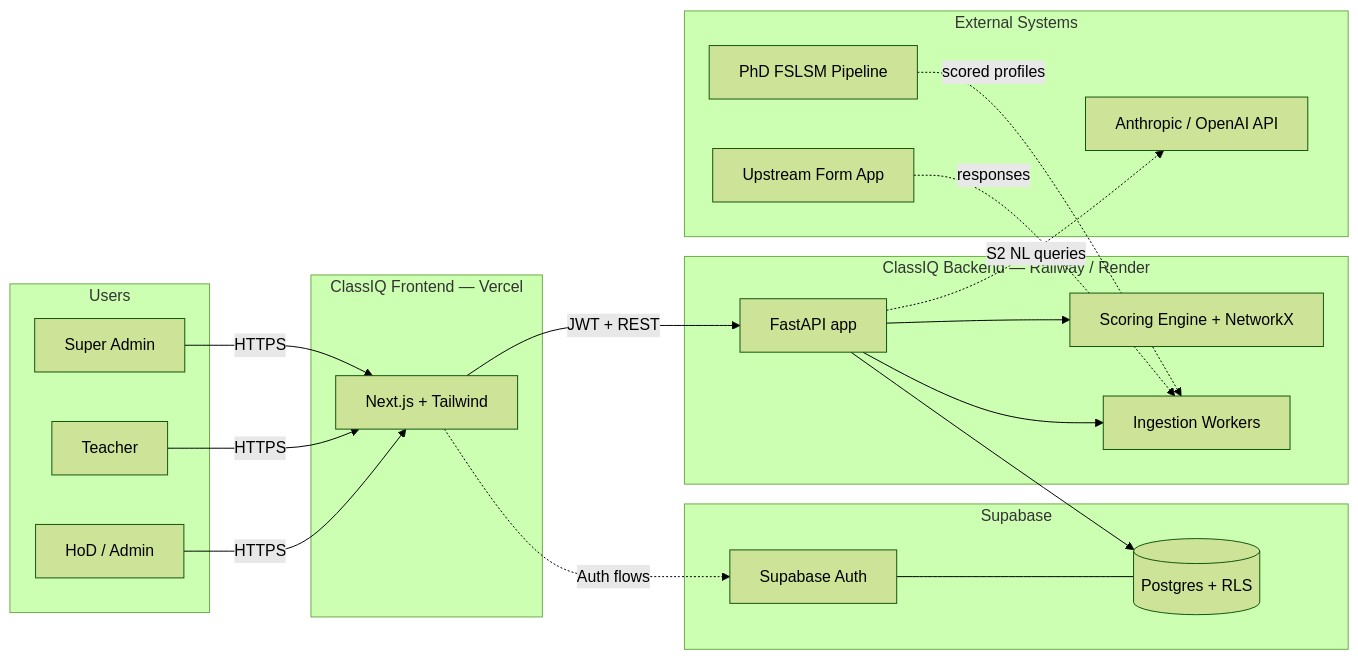
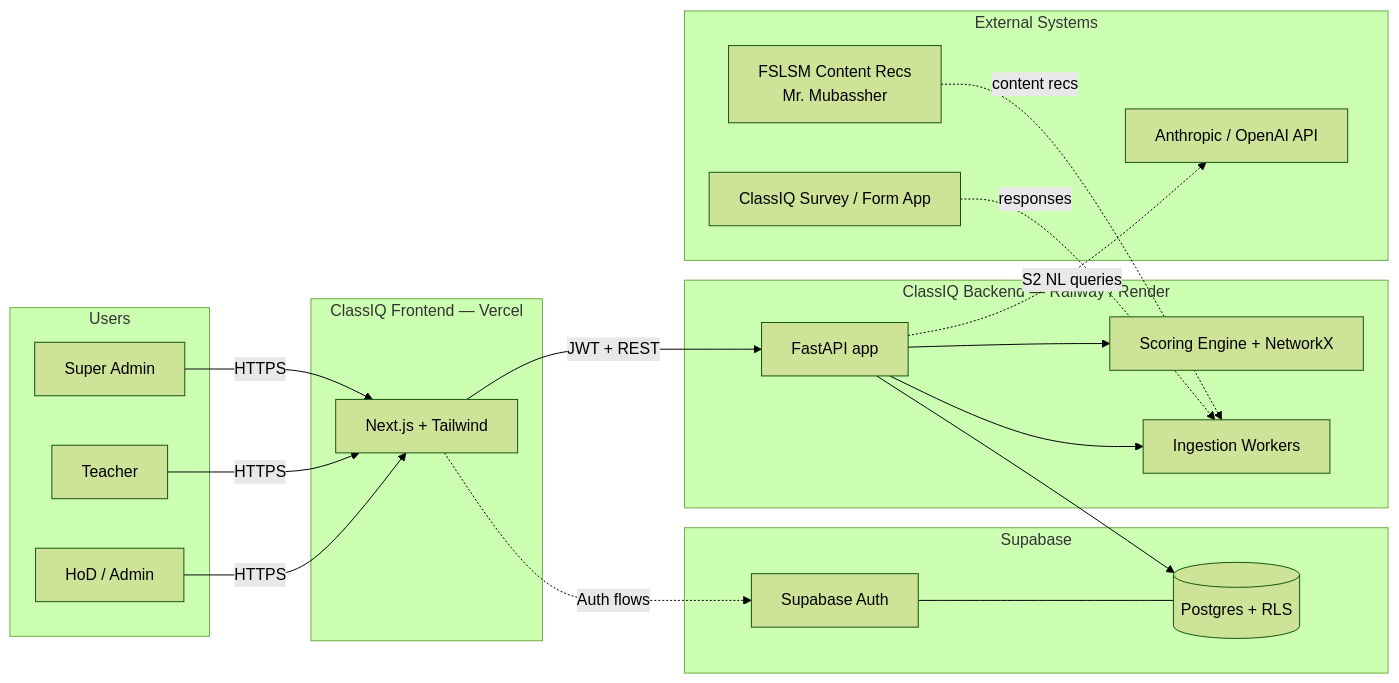
One commit to adnan-manik/ClassIQ changed the first of 10 diagrams in Docs/BACKEND_ARCHITECTURE.md. Above: the diagram before and after it, drawn with Mermaid (forest theme). The commit also changed other lines of this file and 133 other files, not shown here.

````diff
--- a/Docs/BACKEND_ARCHITECTURE.md
+++ b/Docs/BACKEND_ARCHITECTURE.md
@@ -12,46 +12,46 @@
 ```mermaid
 flowchart LR
     subgraph Users
         HoD[HoD / Admin]
         Teacher[Teacher]
         SuperAdmin[Super Admin]
     end
 
     subgraph Frontend["ClassIQ Frontend — Vercel"]
         Next[Next.js + Tailwind]
     end
 
     subgraph Backend["ClassIQ Backend — Railway / Render"]
         API[FastAPI app]
         Engine[Scoring Engine + NetworkX]
         Ingest[Ingestion Workers]
     end
 
     subgraph Data["Supabase"]
         Auth[Supabase Auth]
         DB[(Postgres + RLS)]
     end
 
     subgraph External["External Systems"]
-        FormApp[Upstream Form App]
-        PhD[PhD FSLSM Pipeline]
+        FormApp[ClassIQ Survey / Form App]
+        FSLSM[FSLSM Content Recs<br/>Mr. Mubassher]
         LLM[Anthropic / OpenAI API]
     end
 
     HoD -->|HTTPS| Next
     Teacher -->|HTTPS| Next
     SuperAdmin -->|HTTPS| Next
 
     Next -->|JWT + REST| API
     Next -.->|Auth flows| Auth
 
     API --> Engine
     API --> Ingest
     API --> DB
     API -.->|S2 NL queries| LLM
 
     FormApp -.->|responses| Ingest
-    PhD -.->|scored profiles| Ingest
+    FSLSM -.->|content recs| Ingest
 
     Auth --- DB
 ```
````
